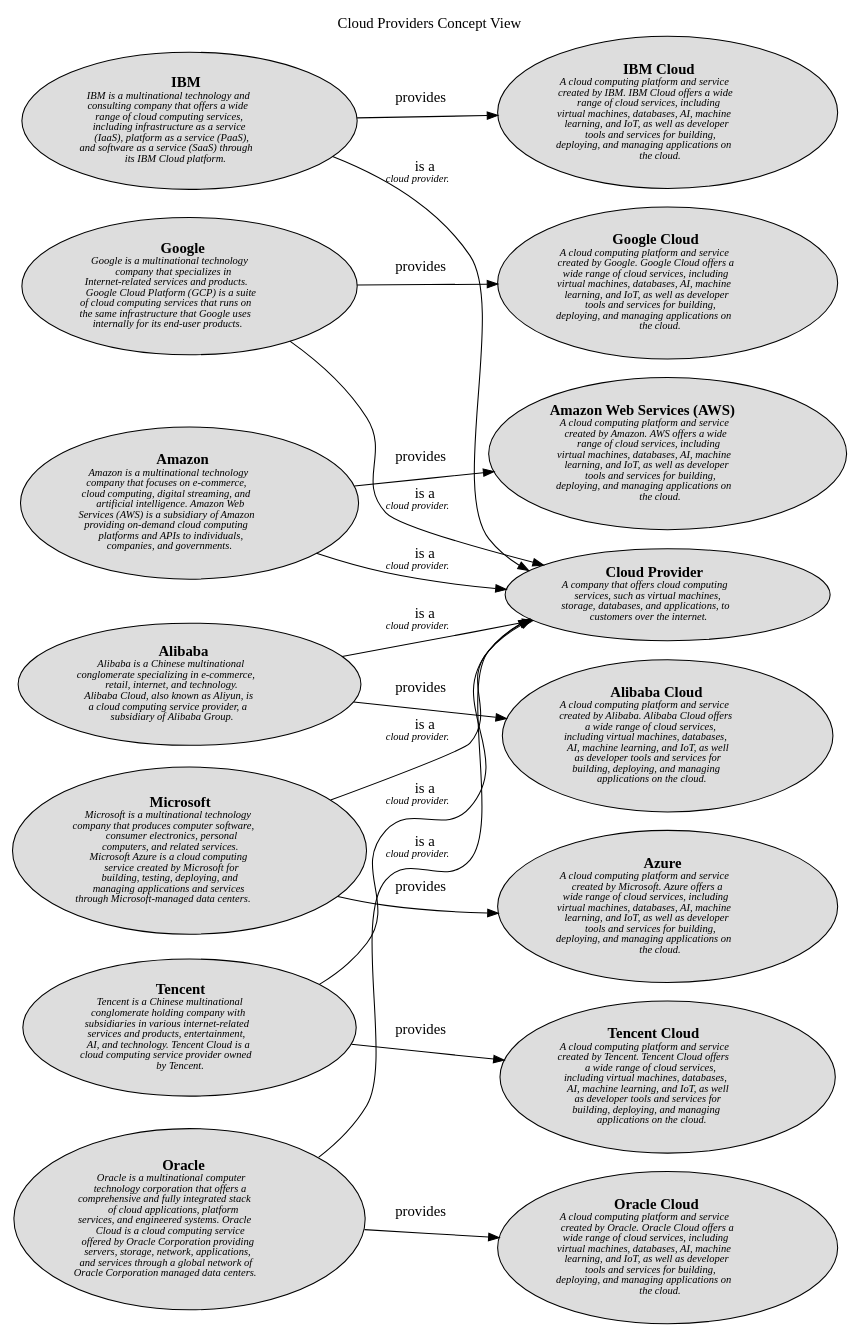
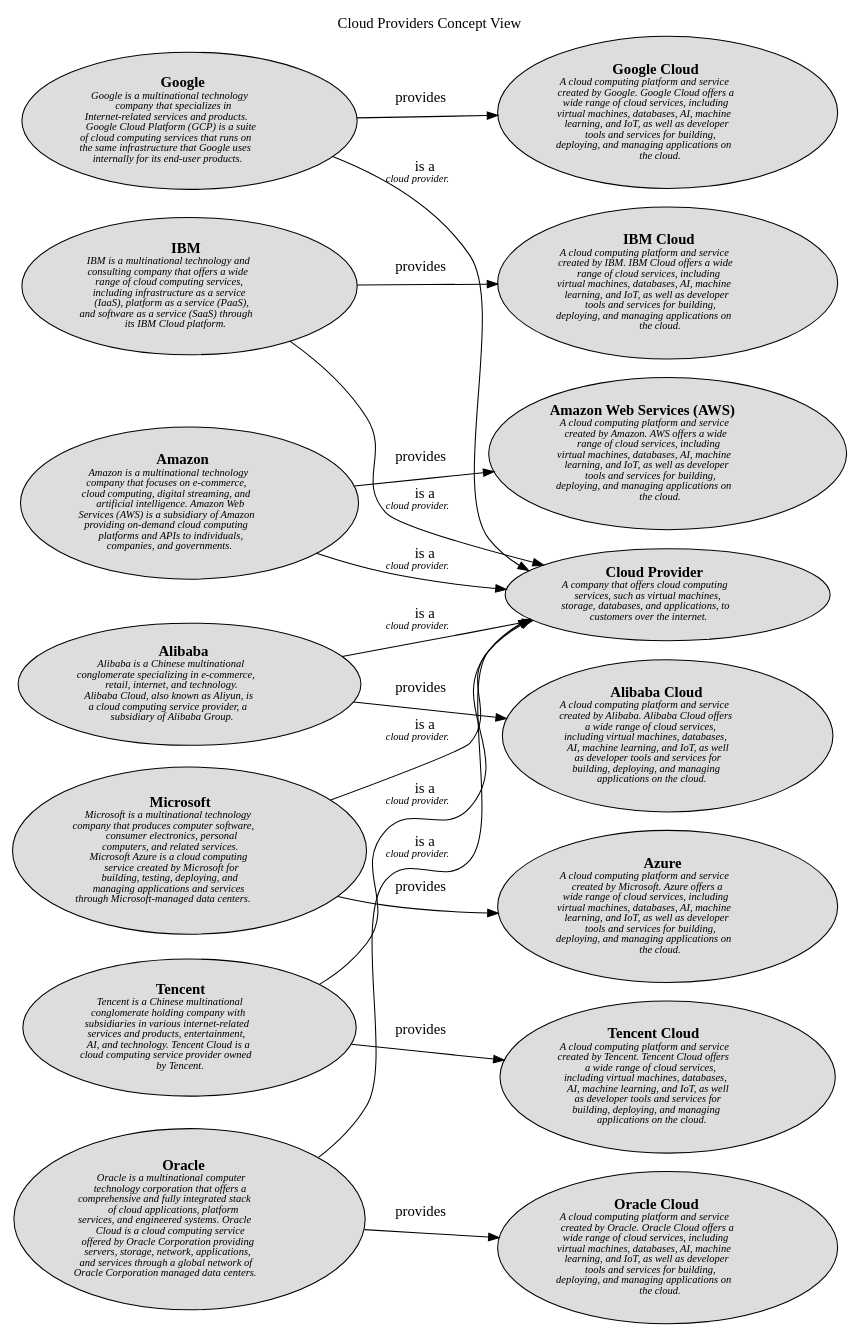
Before and after one commit to lsolbach/overarch-models: the diagram in docs/software-development/cloud/provider/concept-view.dot, drawn with Graphviz. The commit also changed other lines of this file and 70 other files, not shown here.

```diff
--- a/docs/software-development/cloud/provider/concept-view.dot
+++ b/docs/software-development/cloud/provider/concept-view.dot
@@ -1,40 +1,40 @@
 digraph "Cloud Providers Concept View" {
   labelloc= "t"
   label="Cloud Providers Concept View"
   rankdir="LR"
 
   layout=dot
-software_development_cloud_platform__ibm_cloud [shape=ellipse style=filled fillcolor="#dddddd" label=<<B>IBM Cloud</B><BR/><FONT POINT-SIZE="10"><I>A cloud computing platform and service<BR/>created by IBM. IBM Cloud offers a wide<BR/>range of cloud services, including<BR/>virtual machines, databases, AI, machine<BR/>learning, and IoT, as well as developer<BR/>tools and services for building,<BR/>deploying, and managing applications on<BR/>the cloud. </I></FONT>>]
 software_development_cloud_provider__google [shape=ellipse style=filled fillcolor="#dddddd" label=<<B>Google</B><BR/><FONT POINT-SIZE="10"><I>Google is a multinational technology<BR/>company that specializes in<BR/>Internet-related services and products.<BR/>Google Cloud Platform (GCP) is a suite<BR/>of cloud computing services that runs on<BR/>the same infrastructure that Google uses<BR/>internally for its end-user products. </I></FONT>>]
 software_development_cloud_provider__ibm [shape=ellipse style=filled fillcolor="#dddddd" label=<<B>IBM</B><BR/><FONT POINT-SIZE="10"><I>IBM is a multinational technology and<BR/>consulting company that offers a wide<BR/>range of cloud computing services,<BR/>including infrastructure as a service<BR/>(IaaS), platform as a service (PaaS),<BR/>and software as a service (SaaS) through<BR/>its IBM Cloud platform. </I></FONT>>]
 software_development_cloud_provider__amazon [shape=ellipse style=filled fillcolor="#dddddd" label=<<B>Amazon</B><BR/><FONT POINT-SIZE="10"><I>Amazon is a multinational technology<BR/>company that focuses on e-commerce,<BR/>cloud computing, digital streaming, and<BR/>artificial intelligence. Amazon Web<BR/>Services (AWS) is a subsidiary of Amazon<BR/>providing on-demand cloud computing<BR/>platforms and APIs to individuals,<BR/>companies, and governments. </I></FONT>>]
+software_development_cloud_platform__tencent_cloud [shape=ellipse style=filled fillcolor="#dddddd" label=<<B>Tencent Cloud</B><BR/><FONT POINT-SIZE="10"><I>A cloud computing platform and service<BR/>created by Tencent. Tencent Cloud offers<BR/>a wide range of cloud services,<BR/>including virtual machines, databases,<BR/>AI, machine learning, and IoT, as well<BR/>as developer tools and services for<BR/>building, deploying, and managing<BR/>applications on the cloud. </I></FONT>>]
 software_development_cloud_platform__google_cloud [shape=ellipse style=filled fillcolor="#dddddd" label=<<B>Google Cloud</B><BR/><FONT POINT-SIZE="10"><I>A cloud computing platform and service<BR/>created by Google. Google Cloud offers a<BR/>wide range of cloud services, including<BR/>virtual machines, databases, AI, machine<BR/>learning, and IoT, as well as developer<BR/>tools and services for building,<BR/>deploying, and managing applications on<BR/>the cloud. </I></FONT>>]
+software_development_cloud_platform__ibm_cloud [shape=ellipse style=filled fillcolor="#dddddd" label=<<B>IBM Cloud</B><BR/><FONT POINT-SIZE="10"><I>A cloud computing platform and service<BR/>created by IBM. IBM Cloud offers a wide<BR/>range of cloud services, including<BR/>virtual machines, databases, AI, machine<BR/>learning, and IoT, as well as developer<BR/>tools and services for building,<BR/>deploying, and managing applications on<BR/>the cloud. </I></FONT>>]
+software_development_cloud_provider__alibaba [shape=ellipse style=filled fillcolor="#dddddd" label=<<B>Alibaba</B><BR/><FONT POINT-SIZE="10"><I>Alibaba is a Chinese multinational<BR/>conglomerate specializing in e-commerce,<BR/>retail, internet, and technology.<BR/>Alibaba Cloud, also known as Aliyun, is<BR/>a cloud computing service provider, a<BR/>subsidiary of Alibaba Group. </I></FONT>>]
 software_development_cloud_platform__azure [shape=ellipse style=filled fillcolor="#dddddd" label=<<B>Azure</B><BR/><FONT POINT-SIZE="10"><I>A cloud computing platform and service<BR/>created by Microsoft. Azure offers a<BR/>wide range of cloud services, including<BR/>virtual machines, databases, AI, machine<BR/>learning, and IoT, as well as developer<BR/>tools and services for building,<BR/>deploying, and managing applications on<BR/>the cloud. </I></FONT>>]
-software_development_cloud_provider__alibaba [shape=ellipse style=filled fillcolor="#dddddd" label=<<B>Alibaba</B><BR/><FONT POINT-SIZE="10"><I>Alibaba is a Chinese multinational<BR/>conglomerate specializing in e-commerce,<BR/>retail, internet, and technology.<BR/>Alibaba Cloud, also known as Aliyun, is<BR/>a cloud computing service provider, a<BR/>subsidiary of Alibaba Group. </I></FONT>>]
+software_development_cloud_provider__microsoft [shape=ellipse style=filled fillcolor="#dddddd" label=<<B>Microsoft</B><BR/><FONT POINT-SIZE="10"><I>Microsoft is a multinational technology<BR/>company that produces computer software,<BR/>consumer electronics, personal<BR/>computers, and related services.<BR/>Microsoft Azure is a cloud computing<BR/>service created by Microsoft for<BR/>building, testing, deploying, and<BR/>managing applications and services<BR/>through Microsoft-managed data centers. </I></FONT>>]
 software_development_cloud__cloud_provider [shape=ellipse style=filled fillcolor="#dddddd" label=<<B>Cloud Provider</B><BR/><FONT POINT-SIZE="10"><I>A company that offers cloud computing<BR/>services, such as virtual machines,<BR/>storage, databases, and applications, to<BR/>customers over the internet. </I></FONT>>]
-software_development_cloud_provider__microsoft [shape=ellipse style=filled fillcolor="#dddddd" label=<<B>Microsoft</B><BR/><FONT POINT-SIZE="10"><I>Microsoft is a multinational technology<BR/>company that produces computer software,<BR/>consumer electronics, personal<BR/>computers, and related services.<BR/>Microsoft Azure is a cloud computing<BR/>service created by Microsoft for<BR/>building, testing, deploying, and<BR/>managing applications and services<BR/>through Microsoft-managed data centers. </I></FONT>>]
 software_development_cloud_provider__tencent [shape=ellipse style=filled fillcolor="#dddddd" label=<<B>Tencent</B><BR/><FONT POINT-SIZE="10"><I>Tencent is a Chinese multinational<BR/>conglomerate holding company with<BR/>subsidiaries in various internet-related<BR/>services and products, entertainment,<BR/>AI, and technology. Tencent Cloud is a<BR/>cloud computing service provider owned<BR/>by Tencent. </I></FONT>>]
+software_development_cloud_platform__aws [shape=ellipse style=filled fillcolor="#dddddd" label=<<B>Amazon Web Services (AWS)</B><BR/><FONT POINT-SIZE="10"><I>A cloud computing platform and service<BR/>created by Amazon. AWS offers a wide<BR/>range of cloud services, including<BR/>virtual machines, databases, AI, machine<BR/>learning, and IoT, as well as developer<BR/>tools and services for building,<BR/>deploying, and managing applications on<BR/>the cloud. </I></FONT>>]
+software_development_cloud_platform__oracle_cloud [shape=ellipse style=filled fillcolor="#dddddd" label=<<B>Oracle Cloud</B><BR/><FONT POINT-SIZE="10"><I>A cloud computing platform and service<BR/>created by Oracle. Oracle Cloud offers a<BR/>wide range of cloud services, including<BR/>virtual machines, databases, AI, machine<BR/>learning, and IoT, as well as developer<BR/>tools and services for building,<BR/>deploying, and managing applications on<BR/>the cloud. </I></FONT>>]
+software_development_cloud_provider__oracle [shape=ellipse style=filled fillcolor="#dddddd" label=<<B>Oracle</B><BR/><FONT POINT-SIZE="10"><I>Oracle is a multinational computer<BR/>technology corporation that offers a<BR/>comprehensive and fully integrated stack<BR/>of cloud applications, platform<BR/>services, and engineered systems. Oracle<BR/>Cloud is a cloud computing service<BR/>offered by Oracle Corporation providing<BR/>servers, storage, network, applications,<BR/>and services through a global network of<BR/>Oracle Corporation managed data centers. </I></FONT>>]
 software_development_cloud_platform__alibaba_cloud [shape=ellipse style=filled fillcolor="#dddddd" label=<<B>Alibaba Cloud</B><BR/><FONT POINT-SIZE="10"><I>A cloud computing platform and service<BR/>created by Alibaba. Alibaba Cloud offers<BR/>a wide range of cloud services,<BR/>including virtual machines, databases,<BR/>AI, machine learning, and IoT, as well<BR/>as developer tools and services for<BR/>building, deploying, and managing<BR/>applications on the cloud. </I></FONT>>]
-software_development_cloud_platform__aws [shape=ellipse style=filled fillcolor="#dddddd" label=<<B>Amazon Web Services (AWS)</B><BR/><FONT POINT-SIZE="10"><I>A cloud computing platform and service<BR/>created by Amazon. AWS offers a wide<BR/>range of cloud services, including<BR/>virtual machines, databases, AI, machine<BR/>learning, and IoT, as well as developer<BR/>tools and services for building,<BR/>deploying, and managing applications on<BR/>the cloud. </I></FONT>>]
-software_development_cloud_provider__oracle [shape=ellipse style=filled fillcolor="#dddddd" label=<<B>Oracle</B><BR/><FONT POINT-SIZE="10"><I>Oracle is a multinational computer<BR/>technology corporation that offers a<BR/>comprehensive and fully integrated stack<BR/>of cloud applications, platform<BR/>services, and engineered systems. Oracle<BR/>Cloud is a cloud computing service<BR/>offered by Oracle Corporation providing<BR/>servers, storage, network, applications,<BR/>and services through a global network of<BR/>Oracle Corporation managed data centers. </I></FONT>>]
-software_development_cloud_platform__tencent_cloud [shape=ellipse style=filled fillcolor="#dddddd" label=<<B>Tencent Cloud</B><BR/><FONT POINT-SIZE="10"><I>A cloud computing platform and service<BR/>created by Tencent. Tencent Cloud offers<BR/>a wide range of cloud services,<BR/>including virtual machines, databases,<BR/>AI, machine learning, and IoT, as well<BR/>as developer tools and services for<BR/>building, deploying, and managing<BR/>applications on the cloud. </I></FONT>>]
-software_development_cloud_platform__oracle_cloud [shape=ellipse style=filled fillcolor="#dddddd" label=<<B>Oracle Cloud</B><BR/><FONT POINT-SIZE="10"><I>A cloud computing platform and service<BR/>created by Oracle. Oracle Cloud offers a<BR/>wide range of cloud services, including<BR/>virtual machines, databases, AI, machine<BR/>learning, and IoT, as well as developer<BR/>tools and services for building,<BR/>deploying, and managing applications on<BR/>the cloud. </I></FONT>>]
  
 software_development_cloud_provider__alibaba -> software_development_cloud__cloud_provider [label=<is a<BR/><FONT POINT-SIZE="10"><I>cloud provider. </I></FONT>>]
 software_development_cloud_provider__alibaba -> software_development_cloud_platform__alibaba_cloud [label=<provides<BR/><FONT POINT-SIZE="10"><I> </I></FONT>>]
 software_development_cloud_provider__google -> software_development_cloud__cloud_provider [label=<is a<BR/><FONT POINT-SIZE="10"><I>cloud provider. </I></FONT>>]
 software_development_cloud_provider__ibm -> software_development_cloud_platform__ibm_cloud [label=<provides<BR/><FONT POINT-SIZE="10"><I> </I></FONT>>]
 software_development_cloud_provider__oracle -> software_development_cloud__cloud_provider [label=<is a<BR/><FONT POINT-SIZE="10"><I>cloud provider. </I></FONT>>]
 software_development_cloud_provider__oracle -> software_development_cloud_platform__oracle_cloud [label=<provides<BR/><FONT POINT-SIZE="10"><I> </I></FONT>>]
 software_development_cloud_provider__amazon -> software_development_cloud_platform__aws [label=<provides<BR/><FONT POINT-SIZE="10"><I> </I></FONT>>]
 software_development_cloud_provider__tencent -> software_development_cloud__cloud_provider [label=<is a<BR/><FONT POINT-SIZE="10"><I>cloud provider. </I></FONT>>]
 software_development_cloud_provider__microsoft -> software_development_cloud_platform__azure [label=<provides<BR/><FONT POINT-SIZE="10"><I> </I></FONT>>]
 software_development_cloud_provider__tencent -> software_development_cloud_platform__tencent_cloud [label=<provides<BR/><FONT POINT-SIZE="10"><I> </I></FONT>>]
 software_development_cloud_provider__microsoft -> software_development_cloud__cloud_provider [label=<is a<BR/><FONT POINT-SIZE="10"><I>cloud provider. </I></FONT>>]
 software_development_cloud_provider__ibm -> software_development_cloud__cloud_provider [label=<is a<BR/><FONT POINT-SIZE="10"><I>cloud provider. </I></FONT>>]
 software_development_cloud_provider__google -> software_development_cloud_platform__google_cloud [label=<provides<BR/><FONT POINT-SIZE="10"><I> </I></FONT>>]
 software_development_cloud_provider__amazon -> software_development_cloud__cloud_provider [label=<is a<BR/><FONT POINT-SIZE="10"><I>cloud provider. </I></FONT>>]
  
 }
 
 // (generated by Overarch with template views/view.dot.cmb)
```
